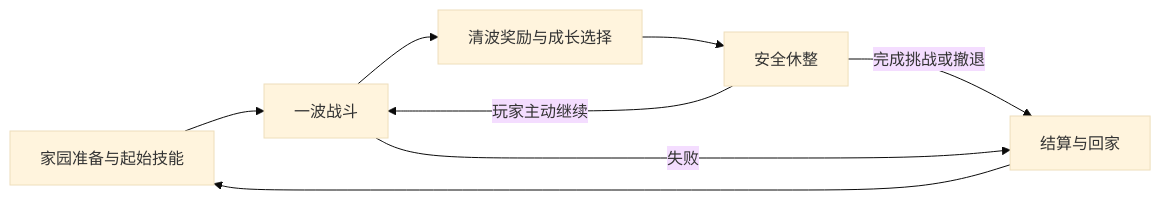
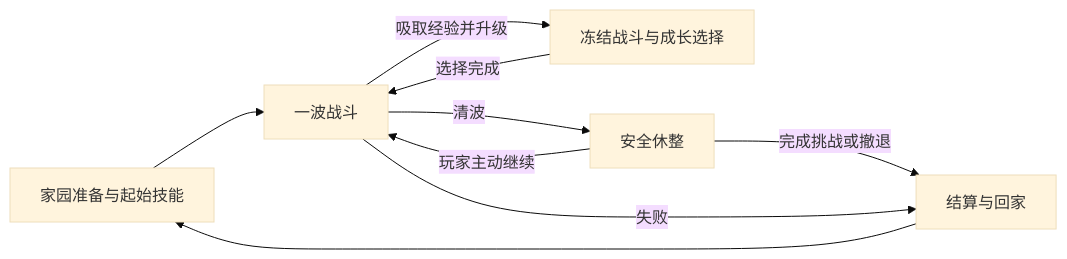
The diagram in docs/rpg-game-design.md (Baiiduu/HD-2D), drawn with Mermaid (base theme) before and after one commit. The commit also changed other lines of this file and 711 other files, not shown here.

````diff
--- a/docs/rpg-game-design.md
+++ b/docs/rpg-game-design.md
@@ -21,10 +41,11 @@
 ```mermaid
 flowchart LR
     A[家园准备与起始技能] --> B[一波战斗]
-    B --> C[清波奖励与成长选择]
-    C --> D[安全休整]
+    B -->|吸取经验并升级| C[冻结战斗与成长选择]
+    C -->|选择完成| B
+    B -->|清波| D[安全休整]
     D -->|玩家主动继续| B
     D -->|完成挑战或撤退| E[结算与回家]
     B -->|失败| E
     E --> A
 ```
````
